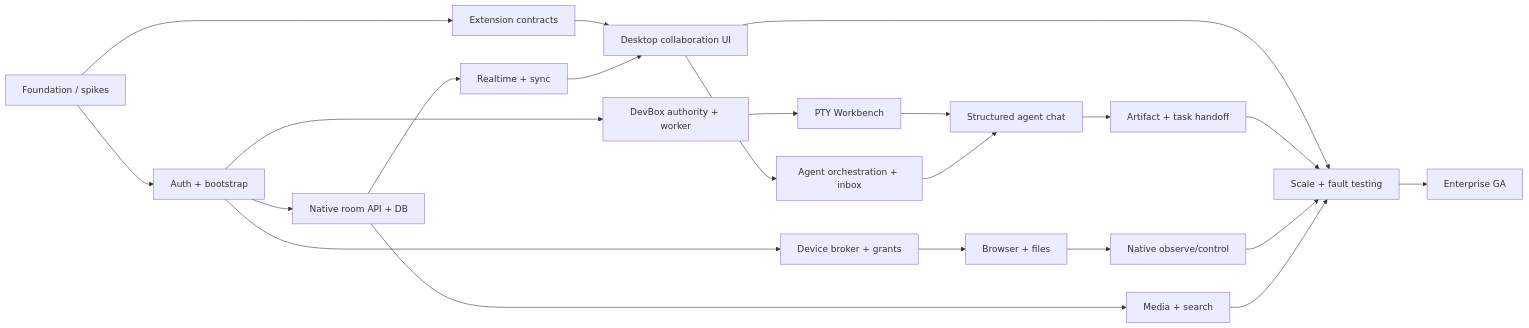
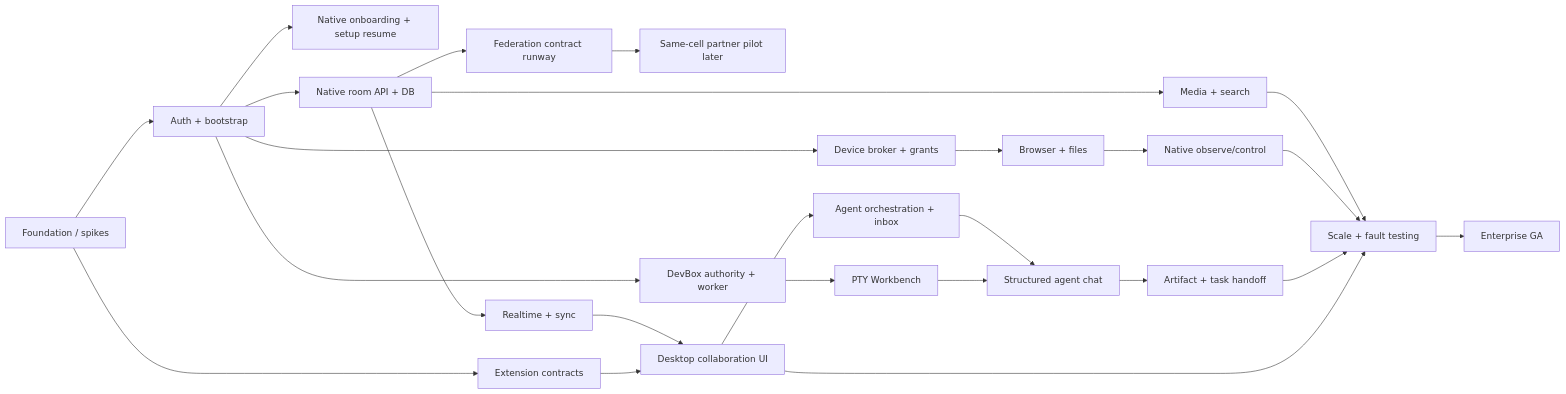
The diagram in plans/IMPLEMENTATION.md (nextlevelbuilder/emree), drawn with Mermaid before and after one commit. The commit also changed other lines of this file and 17 other files, not shown here.

Commit message:
docs: design native onboarding, federation and agent-first delivery

````diff
--- a/plans/IMPLEMENTATION.md
+++ b/plans/IMPLEMENTATION.md
@@ -24,24 +28,27 @@
 ```mermaid
 flowchart LR
     P0[Foundation / spikes] --> A[Auth + bootstrap]
     P0 --> S[Extension contracts]
+    A --> OB[Native onboarding + setup resume]
     A --> R[Native room API + DB]
+    R --> FR[Federation contract runway]
+    FR --> FP[Same-cell partner pilot later]
     R --> T[Realtime + sync]
     S --> U[Desktop collaboration UI]
     T --> U
     R --> M[Media + search]
     U --> C[Agent orchestration + inbox]
     A --> D[DevBox authority + worker]
     D --> E[PTY Workbench]
     E --> F[Structured agent chat]
     C --> F
     F --> G[Artifact + task handoff]
     A --> B[Device broker + grants]
     B --> V[Browser + files]
     V --> N[Native observe/control]
     U --> Q[Scale + fault testing]
     G --> Q
     N --> Q
     M --> Q
     Q --> Z[Enterprise GA]
 ```
````
